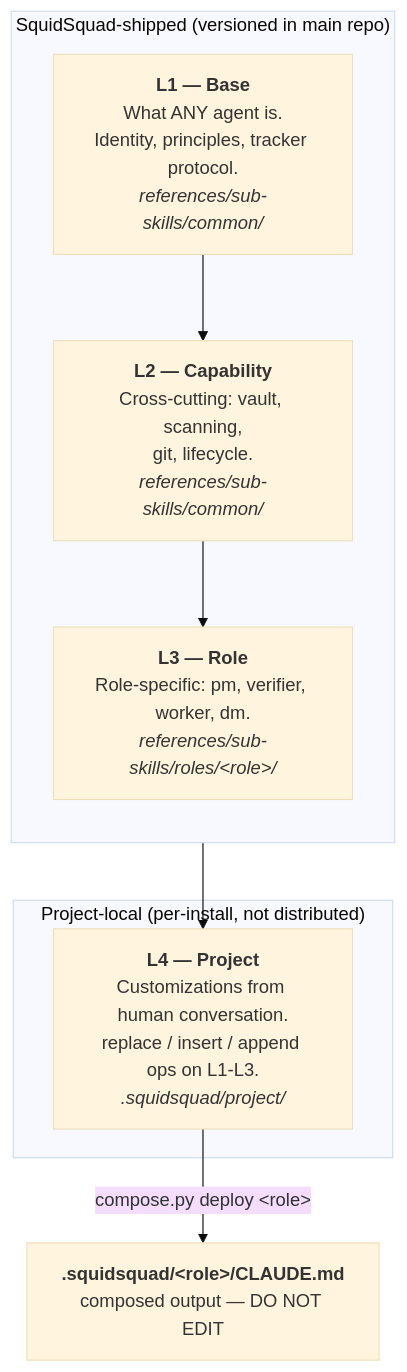
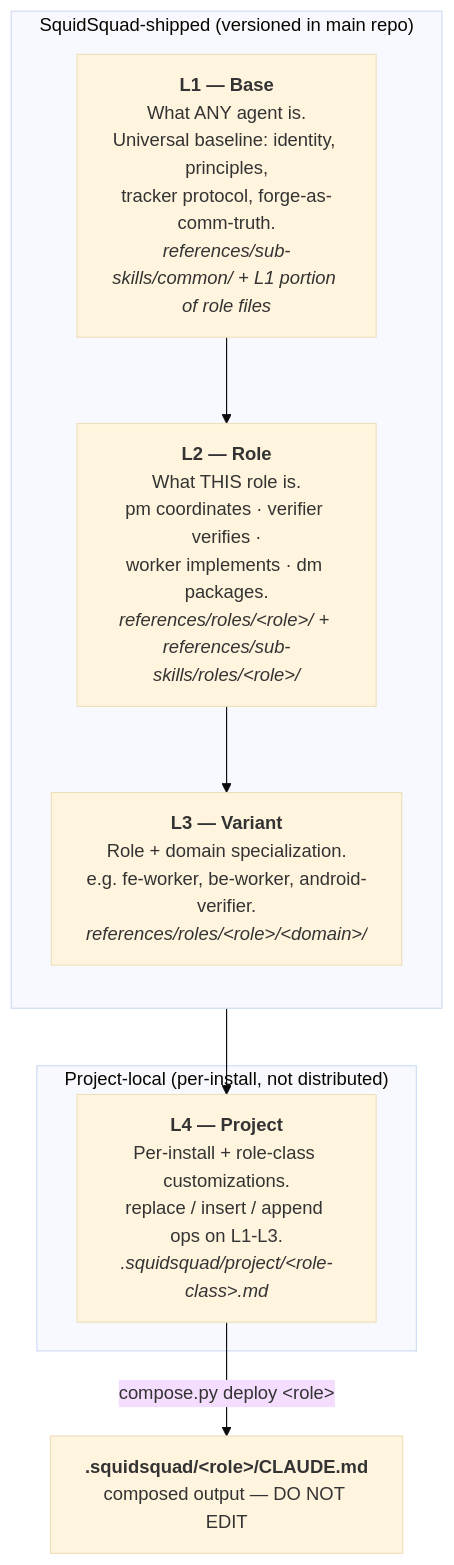
The second of 11 diagrams in docs/COMPOSE-ARCHITECTURE.md (WallyDoodlez/SquidSquad), drawn with Mermaid (base theme) before and after one commit. The commit also changed other lines of this file and 2 other files, not shown here.

First line of the commit message:
docs: Responsibility as dedicated compose slot (not a sub-skill) (#10359)

````diff
--- a/docs/COMPOSE-ARCHITECTURE.md
+++ b/docs/COMPOSE-ARCHITECTURE.md
@@ -77,15 +89,15 @@
 ```mermaid
 flowchart TB
   subgraph SHIP["SquidSquad-shipped (versioned in main repo)"]
     direction TB
-    L1["<b>L1 — Base</b><br/>What ANY agent is.<br/>Identity, principles, tracker protocol.<br/><i>references/sub-skills/common/</i>"]
-    L2["<b>L2 — Capability</b><br/>Cross-cutting: vault, scanning,<br/>git, lifecycle.<br/><i>references/sub-skills/common/</i>"]
-    L3["<b>L3 — Role</b><br/>Role-specific: pm, verifier, worker, dm.<br/><i>references/sub-skills/roles/&lt;role&gt;/</i>"]
+    L1["<b>L1 — Base</b><br/>What ANY agent is.<br/>Universal baseline: identity, principles,<br/>tracker protocol, forge-as-comm-truth.<br/><i>references/sub-skills/common/ + L1 portion of role files</i>"]
+    L2["<b>L2 — Role</b><br/>What THIS role is.<br/>pm coordinates · verifier verifies ·<br/>worker implements · dm packages.<br/><i>references/roles/&lt;role&gt;/ + references/sub-skills/roles/&lt;role&gt;/</i>"]
+    L3["<b>L3 — Variant</b><br/>Role + domain specialization.<br/>e.g. fe-worker, be-worker, android-verifier.<br/><i>references/roles/&lt;role&gt;/&lt;domain&gt;/</i>"]
     L1 --> L2 --> L3
   end
   subgraph LOCAL["Project-local (per-install, not distributed)"]
-    L4["<b>L4 — Project</b><br/>Customizations from human conversation.<br/>replace / insert / append ops on L1-L3.<br/><i>.squidsquad/project/</i>"]
+    L4["<b>L4 — Project</b><br/>Per-install + role-class customizations.<br/>replace / insert / append ops on L1-L3.<br/><i>.squidsquad/project/&lt;role-class&gt;.md</i>"]
   end
   L3 --> L4
   L4 -->|"compose.py deploy &lt;role&gt;"| OUT["<b>.squidsquad/&lt;role&gt;/CLAUDE.md</b><br/>composed output — DO NOT EDIT"]
 ```
````
